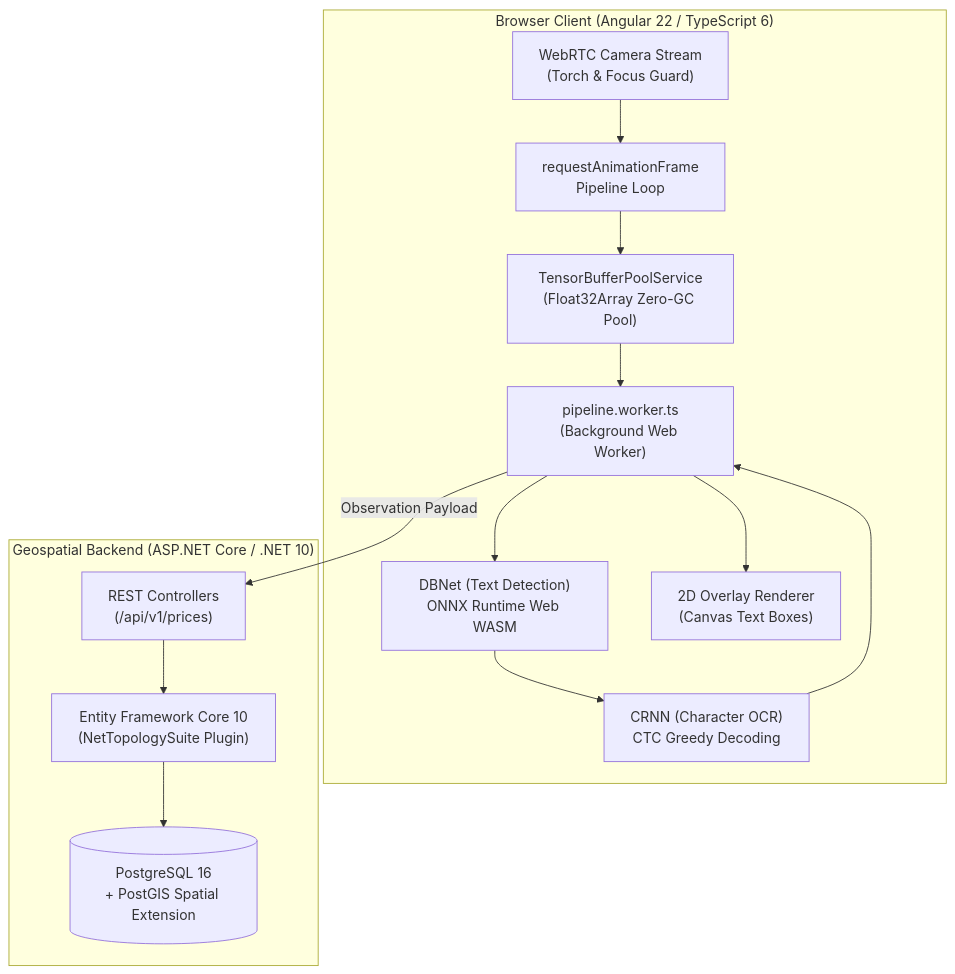
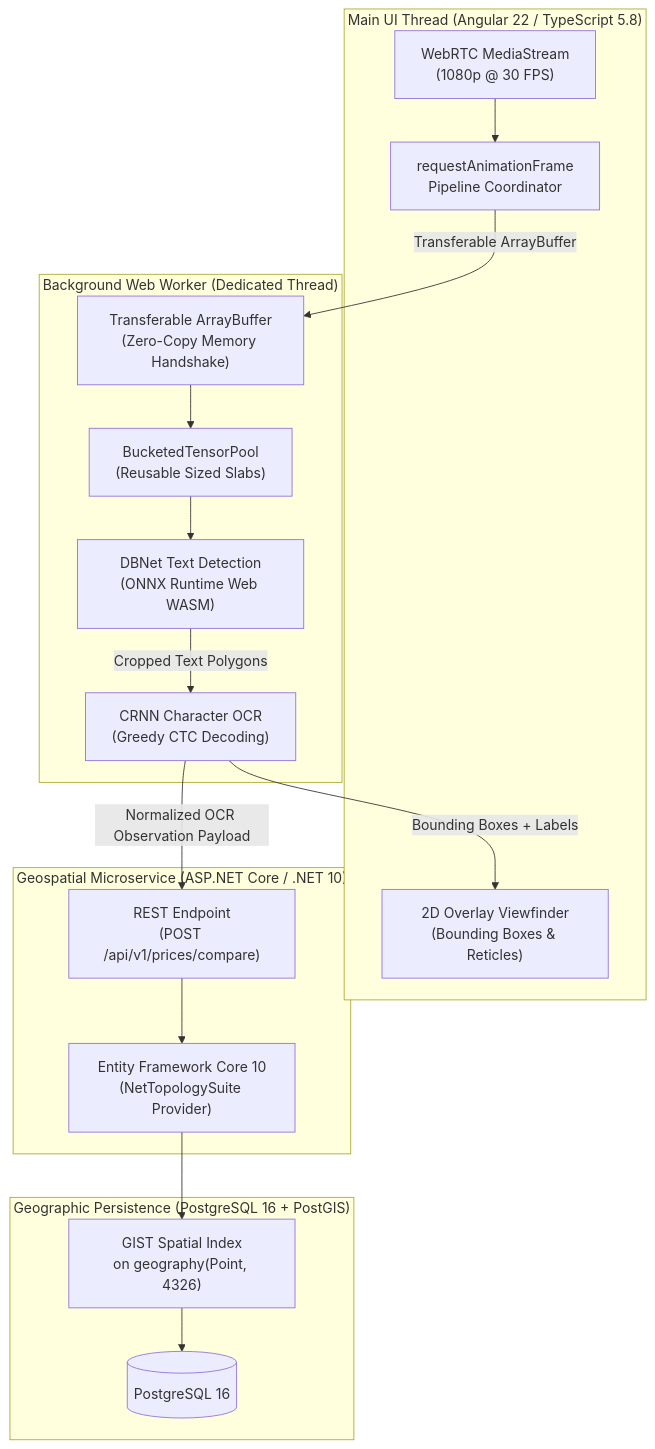
The diagram in src/content/projects/omnilens.mdx (munoznicolas/Portfolio), drawn with Mermaid before and after one commit. The commit also changed other lines of this file and 13 other files, not shown here.

````diff
--- a/src/content/projects/omnilens.mdx
+++ b/src/content/projects/omnilens.mdx
@@ -73,29 +141,36 @@
 ```mermaid
 graph TD
-    subgraph BrowserClient["Browser Client (Angular 22 / TypeScript 6)"]
-        Cam["WebRTC Camera Stream\n(Torch & Focus Guard)"]
-        Loop["requestAnimationFrame\nPipeline Loop"]
-        Pool["TensorBufferPoolService\n(Float32Array Zero-GC Pool)"]
-        Worker["pipeline.worker.ts\n(Background Web Worker)"]
-        DBNet["DBNet (Text Detection)\nONNX Runtime Web WASM"]
-        CRNN["CRNN (Character OCR)\nCTC Greedy Decoding"]
-        Canvas["2D Overlay Renderer\n(Canvas Text Boxes)"]
+    subgraph UIThread["Main UI Thread (Angular 22 / TypeScript 5.8)"]
+        Cam["WebRTC MediaStream\n(1080p @ 30 FPS)"]
+        RAF["requestAnimationFrame\nPipeline Coordinator"]
+        Canvas["2D Overlay Viewfinder\n(Bounding Boxes & Reticles)"]
     end
 
-    subgraph BackendAPI["Geospatial Backend (ASP.NET Core / .NET 10)"]
-        API["REST Controllers\n(/api/v1/prices)"]
-        EF["Entity Framework Core 10\n(NetTopologySuite Plugin)"]
-        Postgres[(PostgreSQL 16\n+ PostGIS Spatial Extension)]
+    subgraph WorkerThread["Background Web Worker (Dedicated Thread)"]
+        Transfer["Transferable ArrayBuffer\n(Zero-Copy Memory Handshake)"]
+        Pool["BucketedTensorPool\n(Reusable Sized Slabs)"]
+        DBNet["DBNet Text Detection\n(ONNX Runtime Web WASM)"]
+        CRNN["CRNN Character OCR\n(Greedy CTC Decoding)"]
     end
 
-    Cam --> Loop
-    Loop --> Pool
-    Pool --> Worker
-    Worker --> DBNet
-    DBNet --> CRNN
-    CRNN --> Worker
-    Worker --> Canvas
-    Worker -->|Observation Payload| API
+    subgraph BackendAPI["Geospatial Microservice (ASP.NET Core / .NET 10)"]
+        API["REST Endpoint\n(POST /api/v1/prices/compare)"]
+        EF["Entity Framework Core 10\n(NetTopologySuite Provider)"]
+    end
+
+    subgraph Database["Geographic Persistence (PostgreSQL 16 + PostGIS)"]
+        Postgres[(PostgreSQL 16)]
+        SpatialIndex["GIST Spatial Index\non geography(Point, 4326)"]
+    end
+
+    Cam --> RAF
+    RAF -->|Transferable ArrayBuffer| Transfer
+    Transfer --> Pool
+    Pool --> DBNet
+    DBNet -->|Cropped Text Polygons| CRNN
+    CRNN -->|Bounding Boxes + Labels| Canvas
+    CRNN -->|Normalized OCR Observation Payload| API
     API --> EF
-    EF --> Postgres
+    EF --> SpatialIndex
+    SpatialIndex --> Postgres
 ```
````
